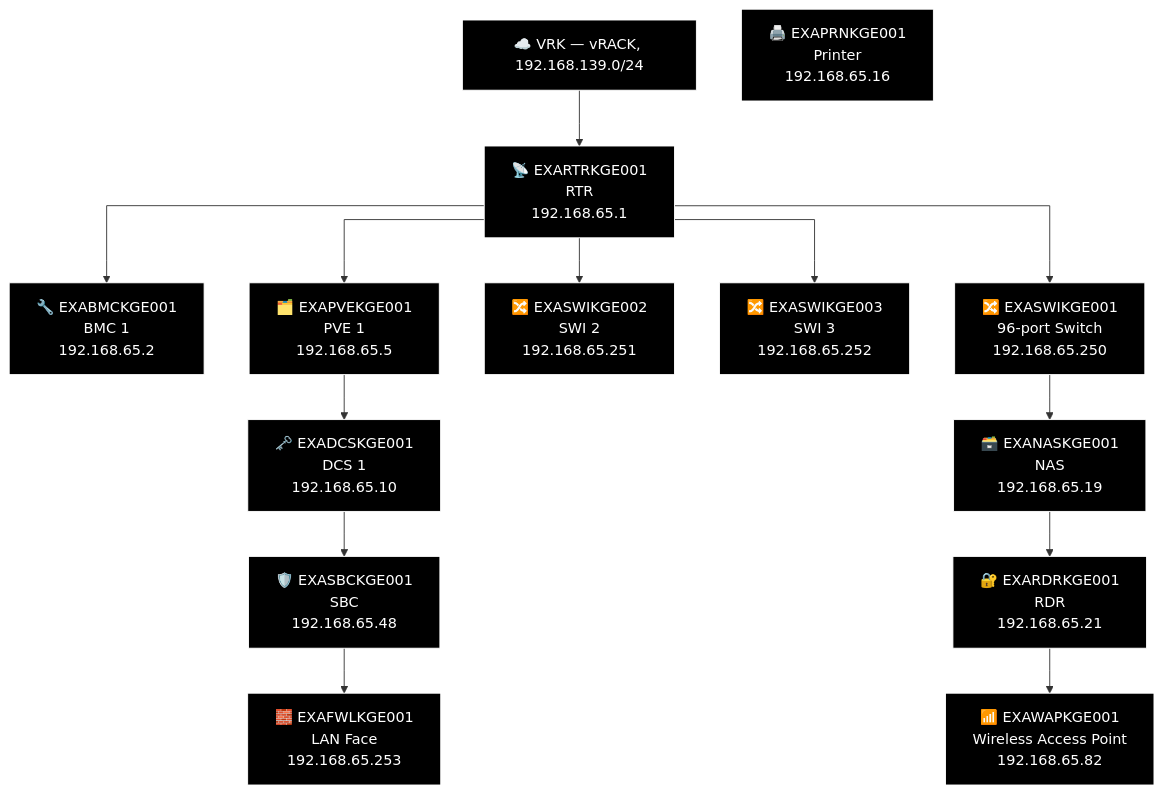
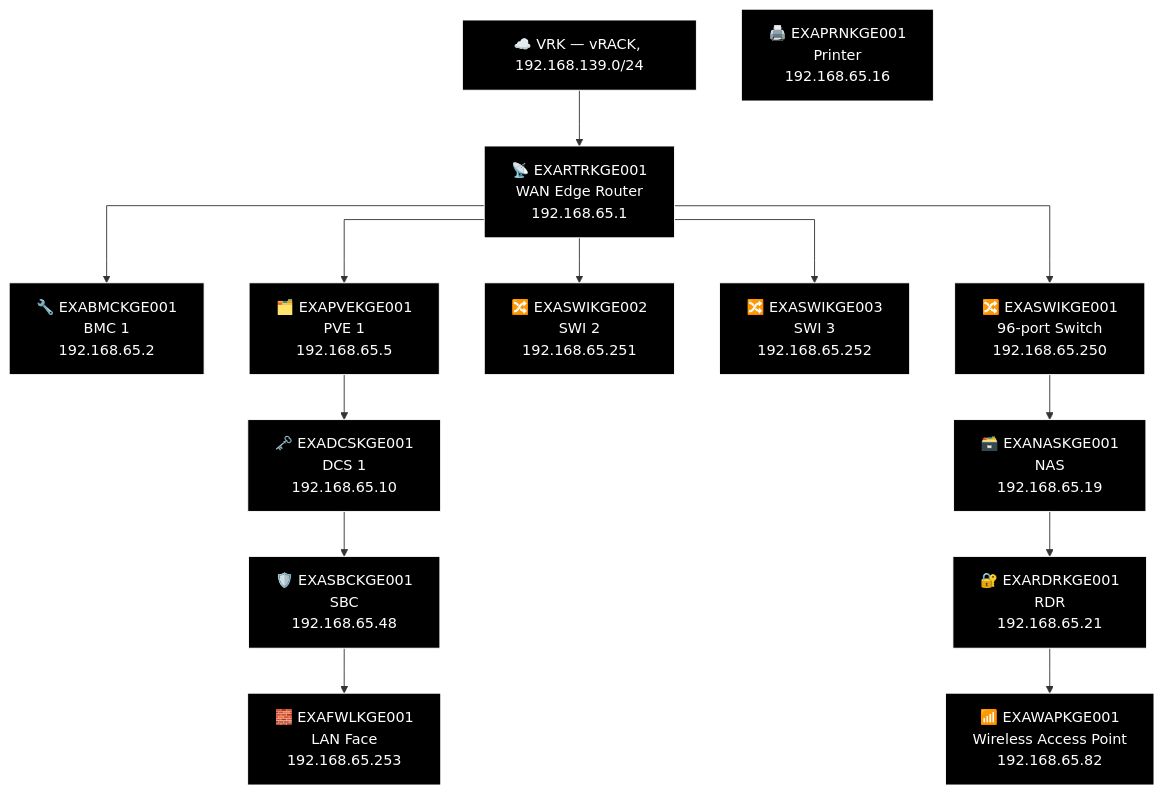
One commit to knightmare2600/example_music_infra changed the eighth of 23 diagrams in docs/network-diagram/danmark.md. Above: the diagram before and after it, drawn with Mermaid. The commit also changed other lines of this file and 17 other files, not shown here.

````diff
--- a/docs/network-diagram/danmark.md
+++ b/docs/network-diagram/danmark.md
@@ -398,42 +398,42 @@
 ```mermaid
 %% GENERATED:TOPOLOGY:KGE:START
 %%{init: {'flowchart': {'curve': 'stepAfter'}}}%%
 graph TD
     T_VRK["☁️ VRK — vRACK, 192.168.139.0/24"]
-    T_RTR["📡 EXARTRKGE001<br/>RTR<br/>192.168.65.1"]
+    T_RTR["📡 EXARTRKGE001<br/>WAN Edge Router<br/>192.168.65.1"]
     T_VRK --> T_RTR
     T_BMC["🔧 EXABMCKGE001<br/>BMC 1<br/>192.168.65.2"]
     T_RTR --> T_BMC
     T_PVE["🗂️ EXAPVEKGE001<br/>PVE 1<br/>192.168.65.5"]
     T_RTR --> T_PVE
     T_SWI["🔀 EXASWIKGE002<br/>SWI 2<br/>192.168.65.251"]
     T_RTR --> T_SWI
     T_SWI2["🔀 EXASWIKGE003<br/>SWI 3<br/>192.168.65.252"]
     T_RTR --> T_SWI2
     T_SWI3["🔀 EXASWIKGE001<br/>96-port Switch<br/>192.168.65.250"]
     T_RTR --> T_SWI3
     T_NAS["🗃️ EXANASKGE001<br/>NAS<br/>192.168.65.19"]
     T_RDR["🔐 EXARDRKGE001<br/>RDR<br/>192.168.65.21"]
     T_WAP["📶 EXAWAPKGE001<br/>Wireless Access Point<br/>192.168.65.82"]
     T_SWI3 --> T_NAS --> T_RDR --> T_WAP
     T_DCS["🗝️ EXADCSKGE001<br/>DCS 1<br/>192.168.65.10"]
     T_SBC["🛡️ EXASBCKGE001<br/>SBC<br/>192.168.65.48"]
     T_FWL["🧱 EXAFWLKGE001<br/>LAN Face<br/>192.168.65.253"]
     T_PVE --> T_DCS --> T_SBC --> T_FWL
     T_PRN["🖨️ EXAPRNKGE001<br/>Printer<br/>192.168.65.16"]
     style T_VRK fill:#000000,stroke:#FFFFFF,color:#FFFFFF
     style T_RTR fill:#000000,stroke:#FFFFFF,color:#FFFFFF
     style T_BMC fill:#000000,stroke:#FFFFFF,color:#FFFFFF
     style T_PVE fill:#000000,stroke:#FFFFFF,color:#FFFFFF
     style T_SWI fill:#000000,stroke:#FFFFFF,color:#FFFFFF
     style T_SWI2 fill:#000000,stroke:#FFFFFF,color:#FFFFFF
     style T_SWI3 fill:#000000,stroke:#FFFFFF,color:#FFFFFF
     style T_NAS fill:#000000,stroke:#FFFFFF,color:#FFFFFF
     style T_RDR fill:#000000,stroke:#FFFFFF,color:#FFFFFF
     style T_WAP fill:#000000,stroke:#FFFFFF,color:#FFFFFF
     style T_DCS fill:#000000,stroke:#FFFFFF,color:#FFFFFF
     style T_SBC fill:#000000,stroke:#FFFFFF,color:#FFFFFF
     style T_FWL fill:#000000,stroke:#FFFFFF,color:#FFFFFF
     style T_PRN fill:#000000,stroke:#FFFFFF,color:#FFFFFF
 %% GENERATED:TOPOLOGY:KGE:END
 ```
````
